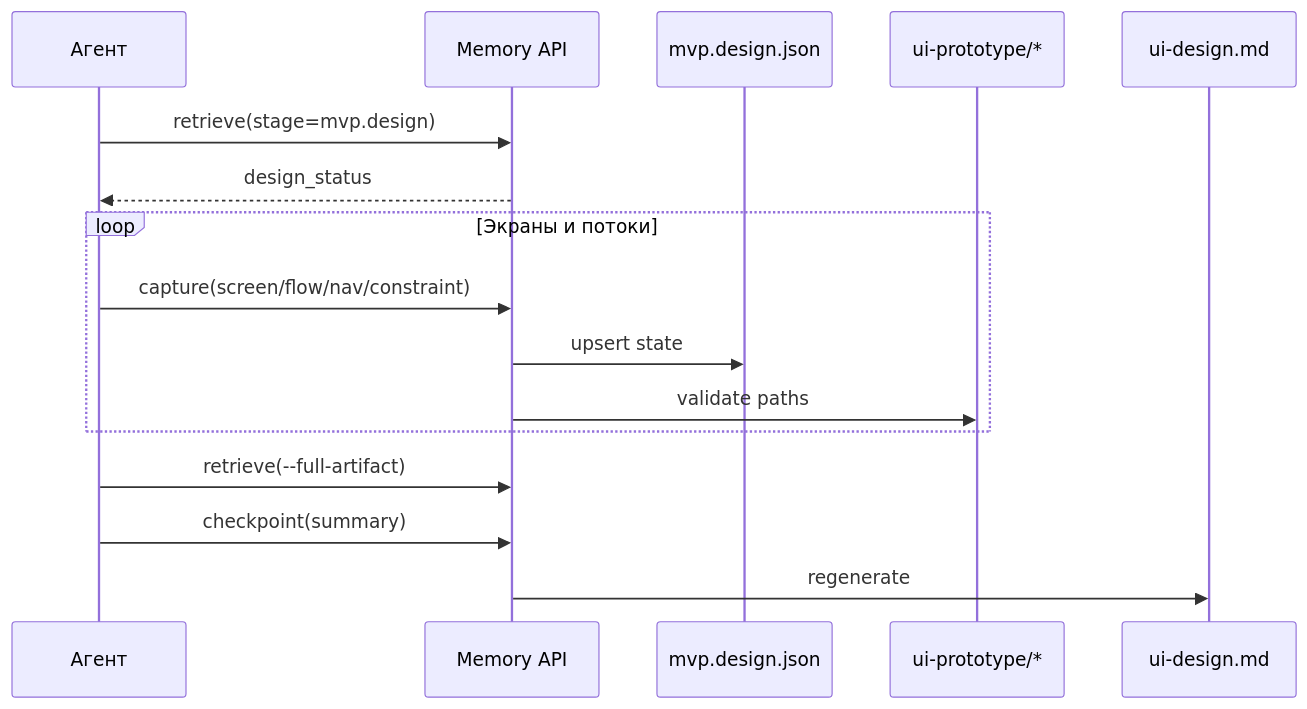
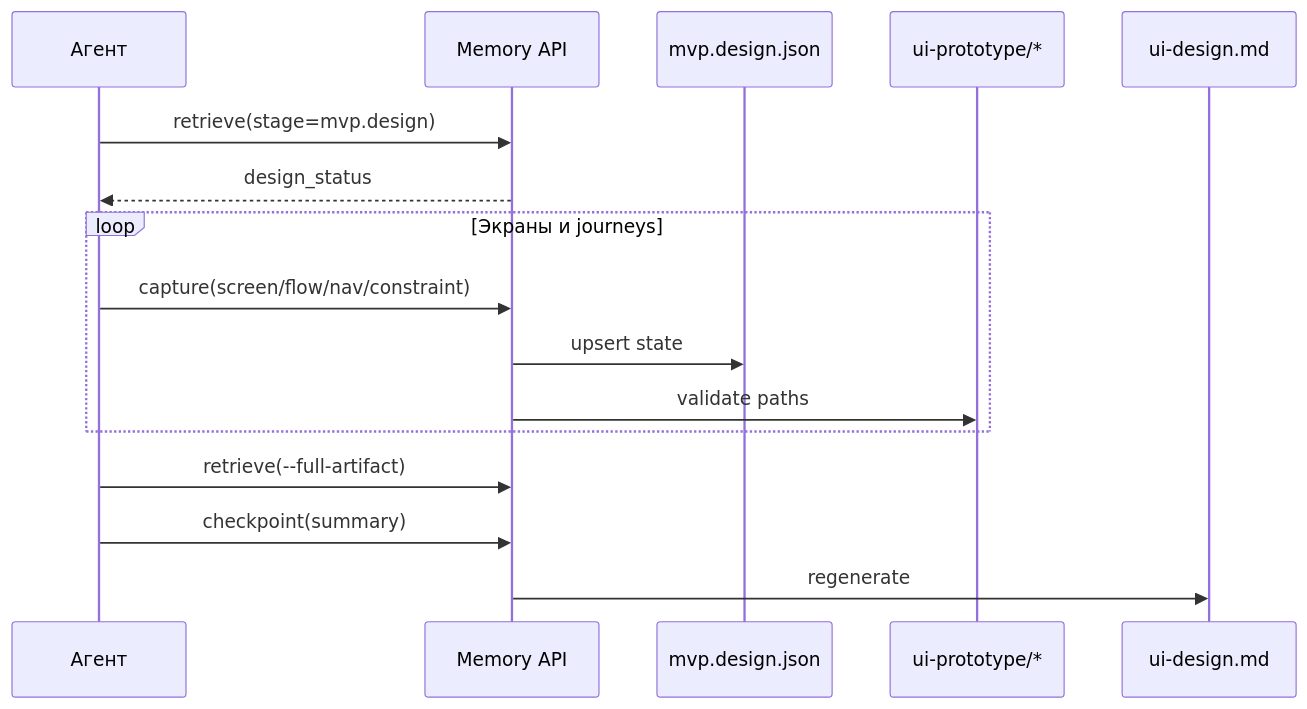
The second of 2 diagrams in docs/mvp/madspec.mvp.design.md (MADTeacher/MADSpec), drawn with Mermaid before and after one commit. The commit also changed other lines of this file and 18 other files, not shown here.

````diff
--- a/docs/mvp/madspec.mvp.design.md
+++ b/docs/mvp/madspec.mvp.design.md
@@ -111,19 +120,19 @@
 ```mermaid
 sequenceDiagram
     participant A as Агент
     participant M as Memory API
     participant D as mvp.design.json
     participant P as ui-prototype/*
     participant G as ui-design.md
 
     A->>M: retrieve(stage=mvp.design)
     M-->>A: design_status
-    loop Экраны и потоки
+    loop Экраны и journeys
         A->>M: capture(screen/flow/nav/constraint)
         M->>D: upsert state
         M->>P: validate paths
     end
     A->>M: retrieve(--full-artifact)
     A->>M: checkpoint(summary)
     M->>G: regenerate
 ```
````
